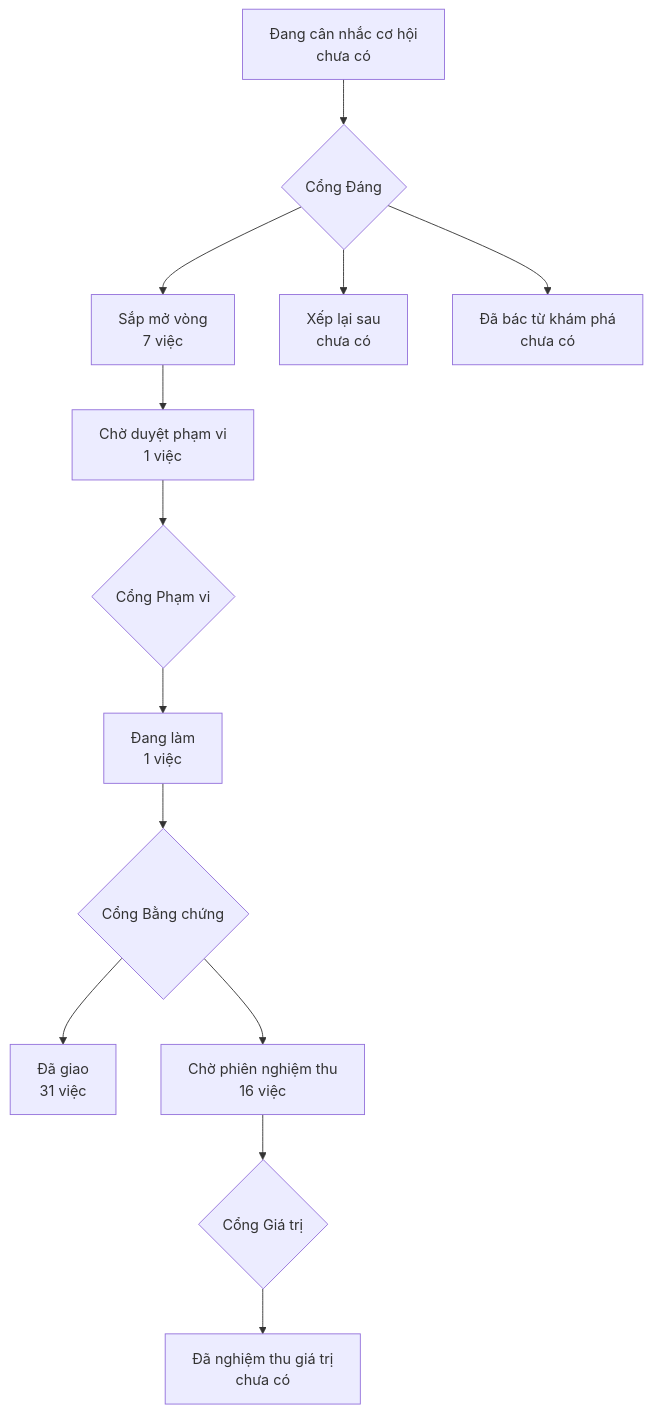
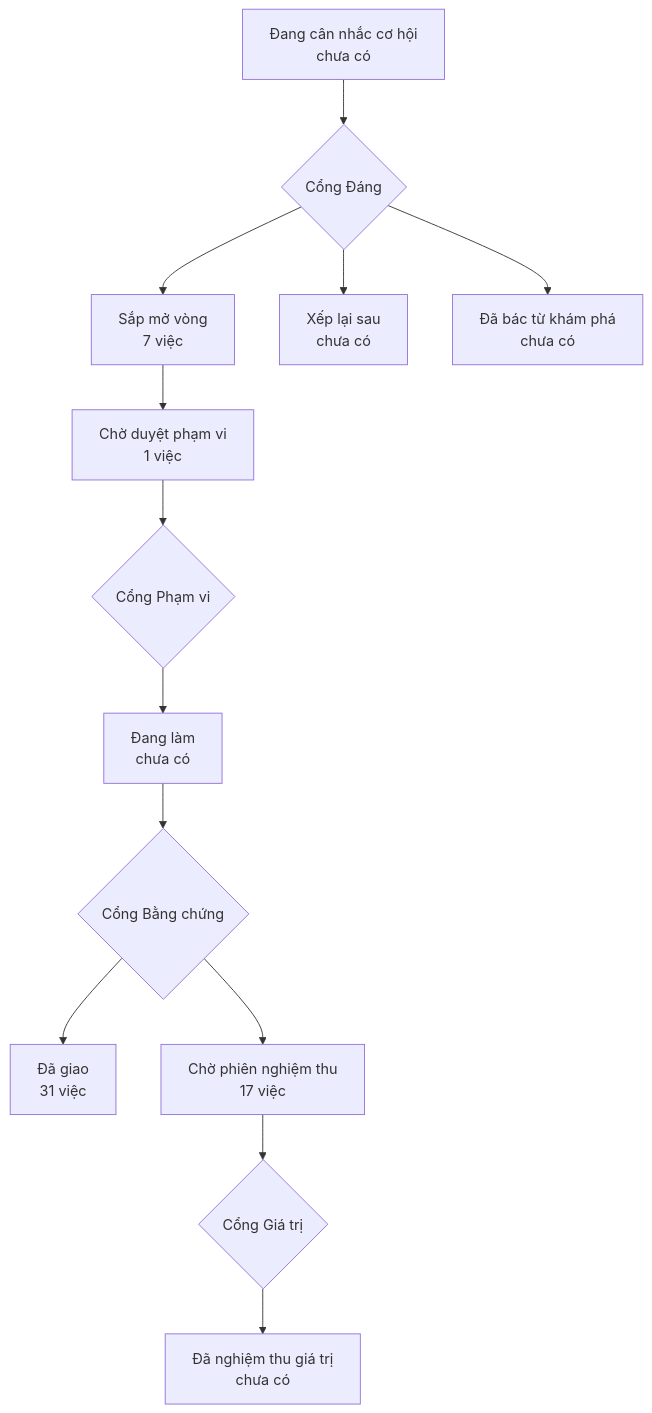
One commit to phanlemanh/onehub-invest changed the diagram in PRODUCT-MAP.md. Above: the diagram before and after it, drawn with Mermaid. The commit also changed other lines of this file and 4 other files, not shown here.

````diff
--- a/PRODUCT-MAP.md
+++ b/PRODUCT-MAP.md
@@ -7,12 +7,12 @@
 ```mermaid
 flowchart TD
   A["Đang cân nhắc cơ hội<br/>chưa có"] --> GD{"Cổng Đáng"}
   GD --> B["Sắp mở vòng<br/>7 việc"]
   GD --> XL["Xếp lại sau<br/>chưa có"]
   GD --> DB["Đã bác từ khám phá<br/>chưa có"]
   B --> CD["Chờ duyệt phạm vi<br/>1 việc"] --> GP{"Cổng Phạm vi"}
-  GP --> DL["Đang làm<br/>1 việc"] --> GB{"Cổng Bằng chứng"}
+  GP --> DL["Đang làm<br/>chưa có"] --> GB{"Cổng Bằng chứng"}
   GB --> DG["Đã giao<br/>31 việc"]
-  GB --> CN["Chờ phiên nghiệm thu<br/>16 việc"] --> GG{"Cổng Giá trị"}
+  GB --> CN["Chờ phiên nghiệm thu<br/>17 việc"] --> GG{"Cổng Giá trị"}
   GG --> NT["Đã nghiệm thu giá trị<br/>chưa có"]
 ```
````
